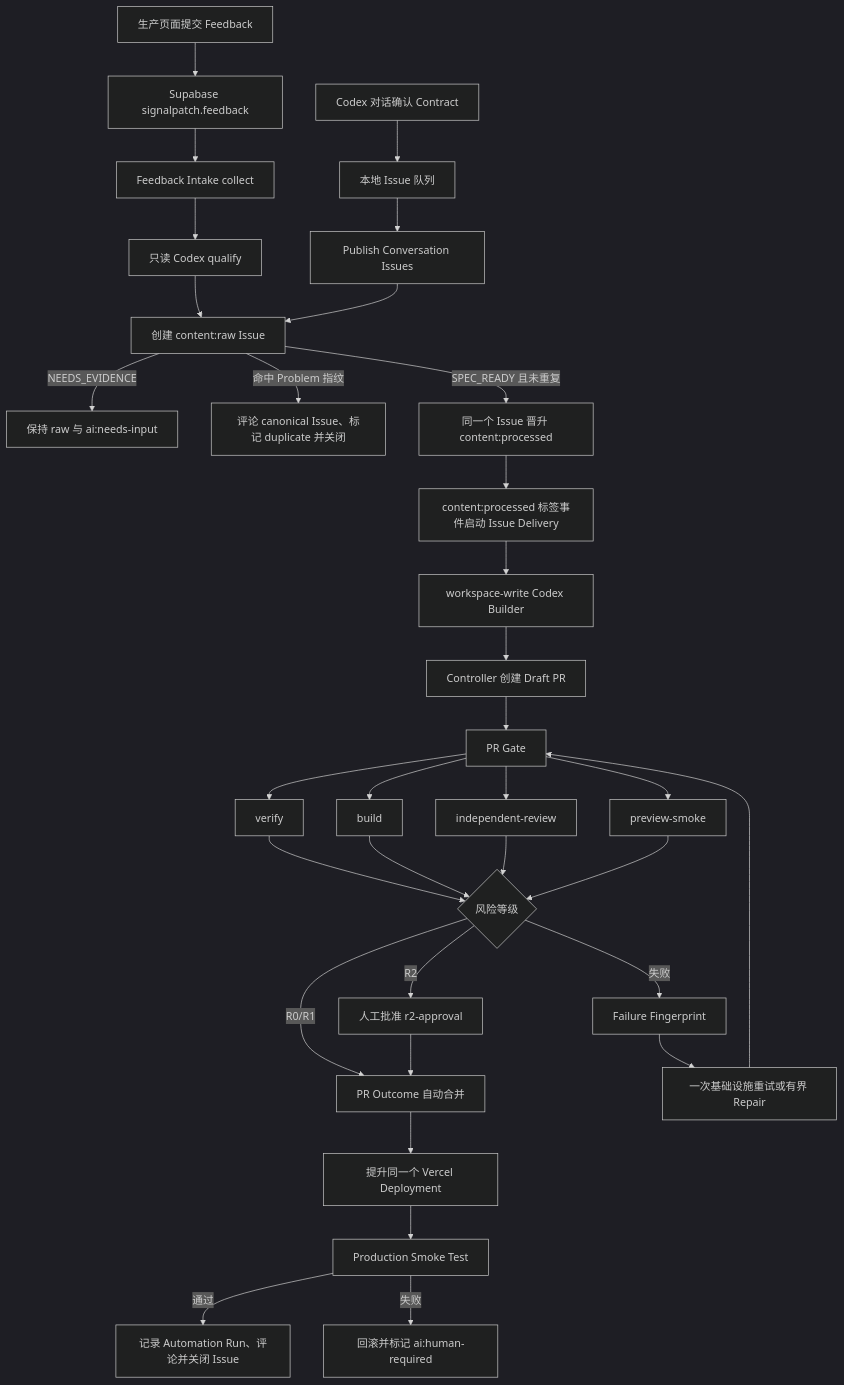
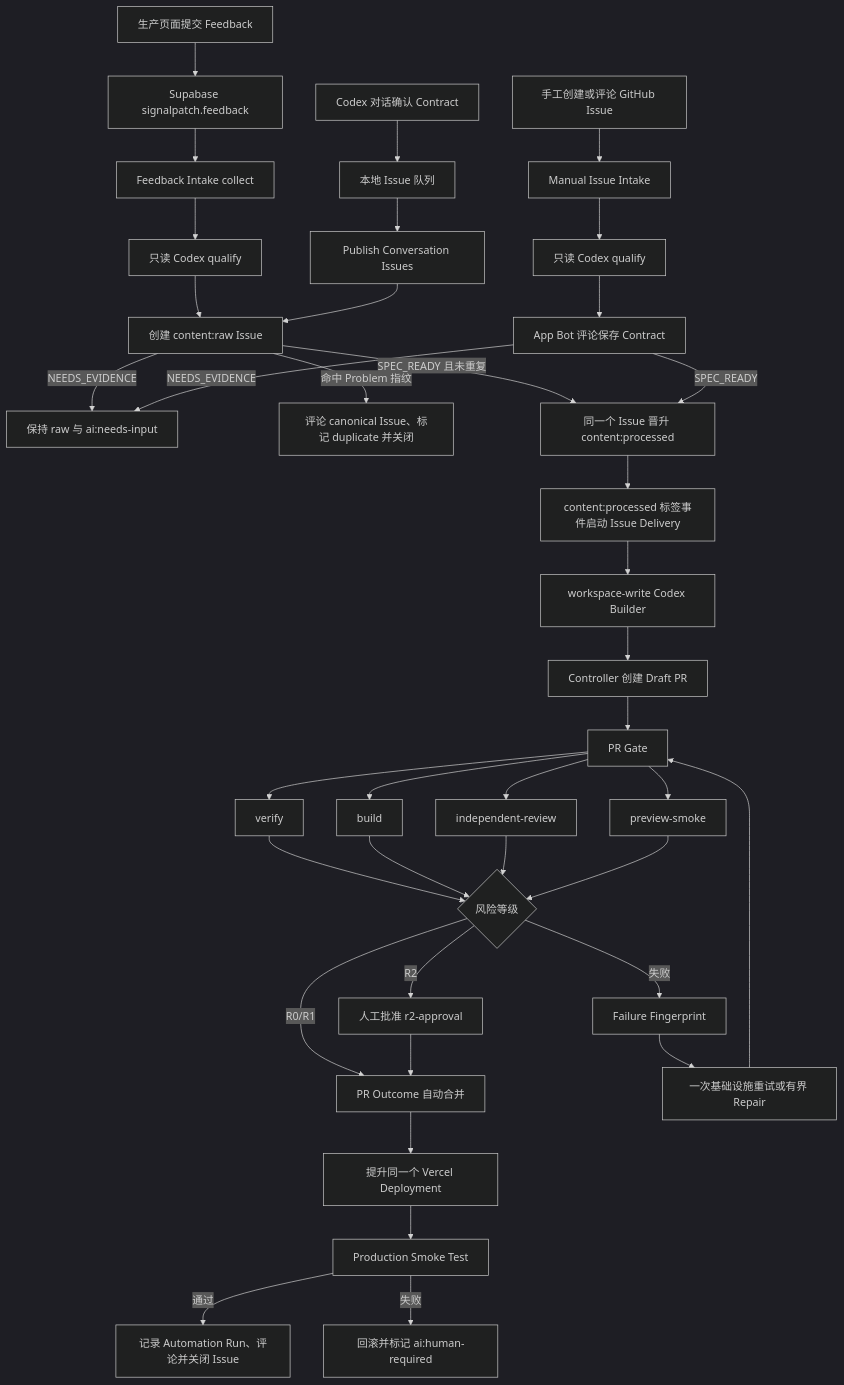
Before and after one commit to liuzhuang/signalpatch: the first of 2 diagrams in docs/codex-manual-operations.md, drawn with Mermaid (dark theme). The commit also changed other lines of this file and 2 other files, not shown here.

````diff
--- a/docs/codex-manual-operations.md
+++ b/docs/codex-manual-operations.md
@@ -162,35 +163,40 @@
 ```mermaid
 flowchart TD
   A[生产页面提交 Feedback] --> B[Supabase signalpatch.feedback]
   A2[Codex 对话确认 Contract] --> B2[本地 Issue 队列]
+  A3[手工创建或评论 GitHub Issue] --> C3[Manual Issue Intake]
   B --> C[Feedback Intake collect]
   B2 --> C2[Publish Conversation Issues]
   C --> D[只读 Codex qualify]
+  C3 --> D2[只读 Codex qualify]
   D --> E[创建 content:raw Issue]
+  D2 --> E3[App Bot 评论保存 Contract]
   C2 --> E
   E -->|NEEDS_EVIDENCE| E1[保持 raw 与 ai:needs-input]
   E -->|命中 Problem 指纹| E2[评论 canonical Issue、标记 duplicate 并关闭]
   E -->|SPEC_READY 且未重复| F[同一个 Issue 晋升 content:processed]
+  E3 -->|NEEDS_EVIDENCE| E1
+  E3 -->|SPEC_READY| F
   F --> G[content:processed 标签事件启动 Issue Delivery]
   G --> H[workspace-write Codex Builder]
   H --> I[Controller 创建 Draft PR]
   I --> J[PR Gate]
   J --> J1[verify]
   J --> J2[build]
   J --> J3[independent-review]
   J --> J4[preview-smoke]
   J1 --> K{风险等级}
   J2 --> K
   J3 --> K
   J4 --> K
   K -->|R0/R1| L[PR Outcome 自动合并]
   K -->|R2| M[人工批准 r2-approval]
   M --> L
   K -->|失败| N[Failure Fingerprint]
   N --> O[一次基础设施重试或有界 Repair]
   O --> J
   L --> P[提升同一个 Vercel Deployment]
   P --> Q[Production Smoke Test]
   Q -->|通过| R[记录 Automation Run、评论并关闭 Issue]
   Q -->|失败| S[回滚并标记 ai:human-required]
 ```
````
